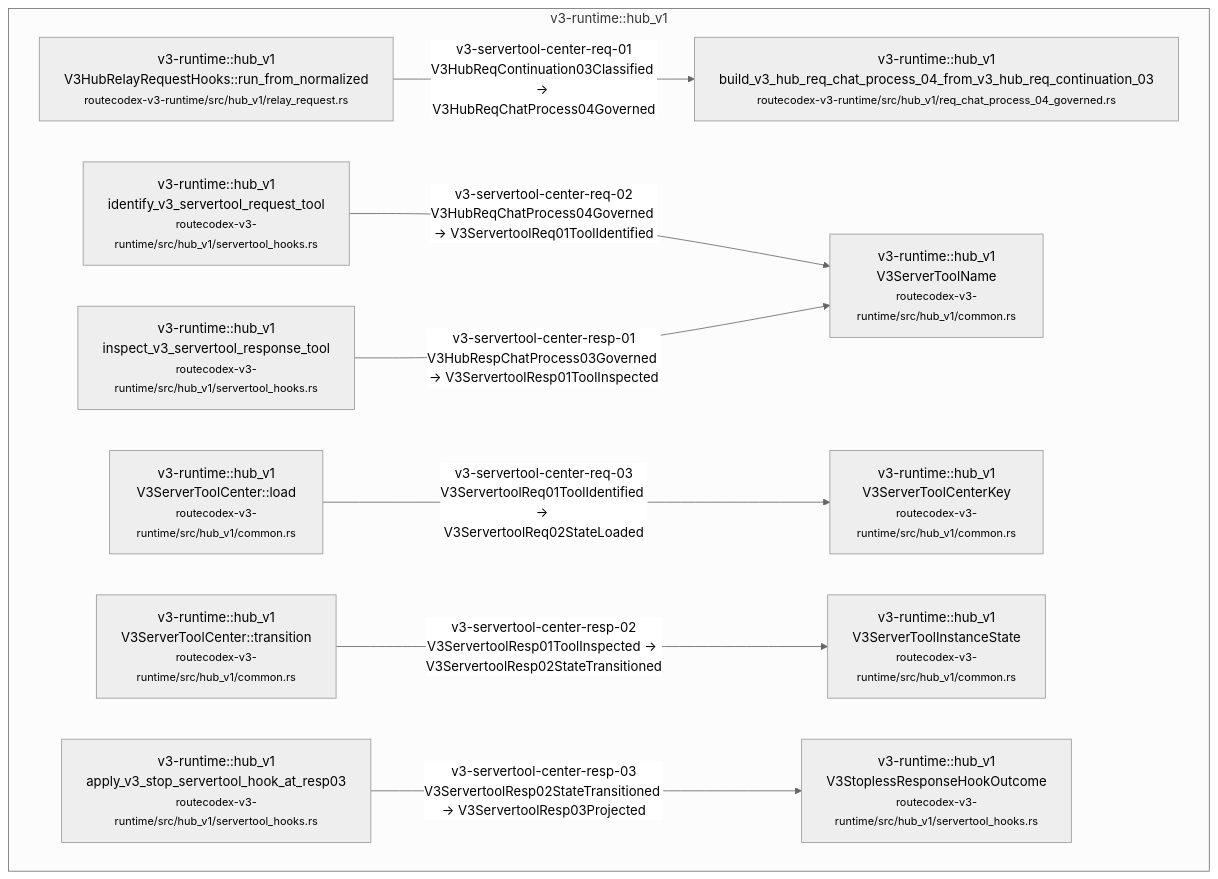
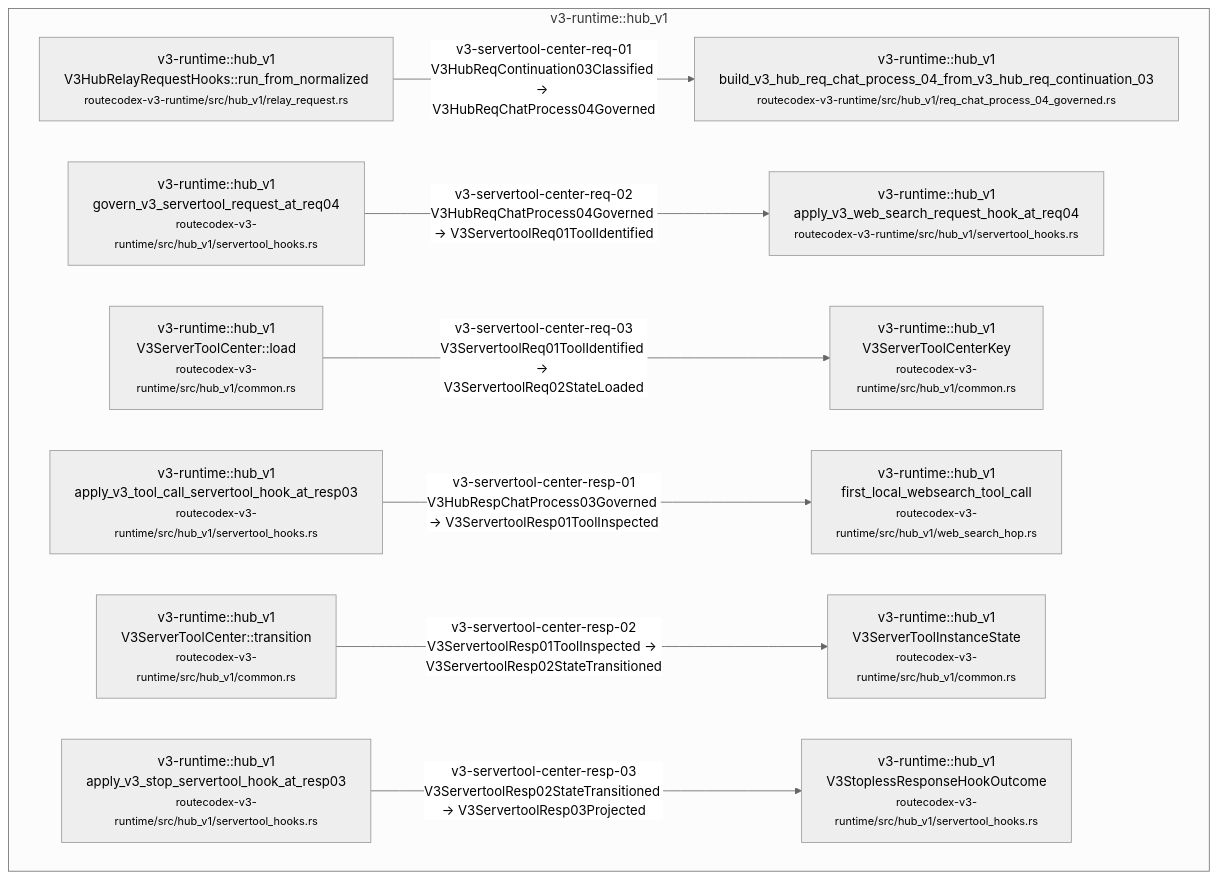
One commit to Jasonzhangf/routecodex changed diagram 40 of 58 in docs/architecture/wiki/v3-mainline-caller-flow.md. Above: the diagram before and after it, drawn with Mermaid (neutral theme). The commit also changed other lines of this file and 100 other files, not shown here.

First line of the commit message:
fix(v3): openai_chat Mode B fail-fast, anthropic SSE [DONE] contract, resp02 error chain + relay/classifier convergence

````diff
--- a/docs/architecture/wiki/v3-mainline-caller-flow.md
+++ b/docs/architecture/wiki/v3-mainline-caller-flow.md
@@ -1613,22 +1619,23 @@
 ```mermaid
 flowchart TD
   subgraph c_38_v3_servertool_center_skeleton_m_v3_runtime__hub_v1["v3-runtime::hub_v1"]
     c_38_v3_servertool_center_skeleton_0["v3-runtime::hub_v1<br/>V3HubRelayRequestHooks::run_from_normalized<br/><small>routecodex-v3-runtime/src/hub_v1/relay_request.rs</small>"]
     c_38_v3_servertool_center_skeleton_1["v3-runtime::hub_v1<br/>build_v3_hub_req_chat_process_04_from_v3_hub_req_continuation_03<br/><small>routecodex-v3-runtime/src/hub_v1/req_chat_process_04_governed.rs</small>"]
-    c_38_v3_servertool_center_skeleton_2["v3-runtime::hub_v1<br/>identify_v3_servertool_request_tool<br/><small>routecodex-v3-runtime/src/hub_v1/servertool_hooks.rs</small>"]
-    c_38_v3_servertool_center_skeleton_3["v3-runtime::hub_v1<br/>V3ServerToolName<br/><small>routecodex-v3-runtime/src/hub_v1/common.rs</small>"]
+    c_38_v3_servertool_center_skeleton_2["v3-runtime::hub_v1<br/>govern_v3_servertool_request_at_req04<br/><small>routecodex-v3-runtime/src/hub_v1/servertool_hooks.rs</small>"]
+    c_38_v3_servertool_center_skeleton_3["v3-runtime::hub_v1<br/>apply_v3_web_search_request_hook_at_req04<br/><small>routecodex-v3-runtime/src/hub_v1/servertool_hooks.rs</small>"]
     c_38_v3_servertool_center_skeleton_4["v3-runtime::hub_v1<br/>V3ServerToolCenter::load<br/><small>routecodex-v3-runtime/src/hub_v1/common.rs</small>"]
     c_38_v3_servertool_center_skeleton_5["v3-runtime::hub_v1<br/>V3ServerToolCenterKey<br/><small>routecodex-v3-runtime/src/hub_v1/common.rs</small>"]
-    c_38_v3_servertool_center_skeleton_6["v3-runtime::hub_v1<br/>inspect_v3_servertool_response_tool<br/><small>routecodex-v3-runtime/src/hub_v1/servertool_hooks.rs</small>"]
-    c_38_v3_servertool_center_skeleton_7["v3-runtime::hub_v1<br/>V3ServerToolCenter::transition<br/><small>routecodex-v3-runtime/src/hub_v1/common.rs</small>"]
-    c_38_v3_servertool_center_skeleton_8["v3-runtime::hub_v1<br/>V3ServerToolInstanceState<br/><small>routecodex-v3-runtime/src/hub_v1/common.rs</small>"]
-    c_38_v3_servertool_center_skeleton_9["v3-runtime::hub_v1<br/>apply_v3_stop_servertool_hook_at_resp03<br/><small>routecodex-v3-runtime/src/hub_v1/servertool_hooks.rs</small>"]
-    c_38_v3_servertool_center_skeleton_10["v3-runtime::hub_v1<br/>V3StoplessResponseHookOutcome<br/><small>routecodex-v3-runtime/src/hub_v1/servertool_hooks.rs</small>"]
+    c_38_v3_servertool_center_skeleton_6["v3-runtime::hub_v1<br/>apply_v3_tool_call_servertool_hook_at_resp03<br/><small>routecodex-v3-runtime/src/hub_v1/servertool_hooks.rs</small>"]
+    c_38_v3_servertool_center_skeleton_7["v3-runtime::hub_v1<br/>first_local_websearch_tool_call<br/><small>routecodex-v3-runtime/src/hub_v1/web_search_hop.rs</small>"]
+    c_38_v3_servertool_center_skeleton_8["v3-runtime::hub_v1<br/>V3ServerToolCenter::transition<br/><small>routecodex-v3-runtime/src/hub_v1/common.rs</small>"]
+    c_38_v3_servertool_center_skeleton_9["v3-runtime::hub_v1<br/>V3ServerToolInstanceState<br/><small>routecodex-v3-runtime/src/hub_v1/common.rs</small>"]
+    c_38_v3_servertool_center_skeleton_10["v3-runtime::hub_v1<br/>apply_v3_stop_servertool_hook_at_resp03<br/><small>routecodex-v3-runtime/src/hub_v1/servertool_hooks.rs</small>"]
+    c_38_v3_servertool_center_skeleton_11["v3-runtime::hub_v1<br/>V3StoplessResponseHookOutcome<br/><small>routecodex-v3-runtime/src/hub_v1/servertool_hooks.rs</small>"]
   end
   c_38_v3_servertool_center_skeleton_0 -->|v3-servertool-center-req-01<br/>V3HubReqContinuation03Classified → V3HubReqChatProcess04Governed| c_38_v3_servertool_center_skeleton_1
   c_38_v3_servertool_center_skeleton_2 -->|v3-servertool-center-req-02<br/>V3HubReqChatProcess04Governed → V3ServertoolReq01ToolIdentified| c_38_v3_servertool_center_skeleton_3
   c_38_v3_servertool_center_skeleton_4 -->|v3-servertool-center-req-03<br/>V3ServertoolReq01ToolIdentified → V3ServertoolReq02StateLoaded| c_38_v3_servertool_center_skeleton_5
-  c_38_v3_servertool_center_skeleton_6 -->|v3-servertool-center-resp-01<br/>V3HubRespChatProcess03Governed → V3ServertoolResp01ToolInspected| c_38_v3_servertool_center_skeleton_3
-  c_38_v3_servertool_center_skeleton_7 -->|v3-servertool-center-resp-02<br/>V3ServertoolResp01ToolInspected → V3ServertoolResp02StateTransitioned| c_38_v3_servertool_center_skeleton_8
-  c_38_v3_servertool_center_skeleton_9 -->|v3-servertool-center-resp-03<br/>V3ServertoolResp02StateTransitioned → V3ServertoolResp03Projected| c_38_v3_servertool_center_skeleton_10
+  c_38_v3_servertool_center_skeleton_6 -->|v3-servertool-center-resp-01<br/>V3HubRespChatProcess03Governed → V3ServertoolResp01ToolInspected| c_38_v3_servertool_center_skeleton_7
+  c_38_v3_servertool_center_skeleton_8 -->|v3-servertool-center-resp-02<br/>V3ServertoolResp01ToolInspected → V3ServertoolResp02StateTransitioned| c_38_v3_servertool_center_skeleton_9
+  c_38_v3_servertool_center_skeleton_10 -->|v3-servertool-center-resp-03<br/>V3ServertoolResp02StateTransitioned → V3ServertoolResp03Projected| c_38_v3_servertool_center_skeleton_11
 ```
````
